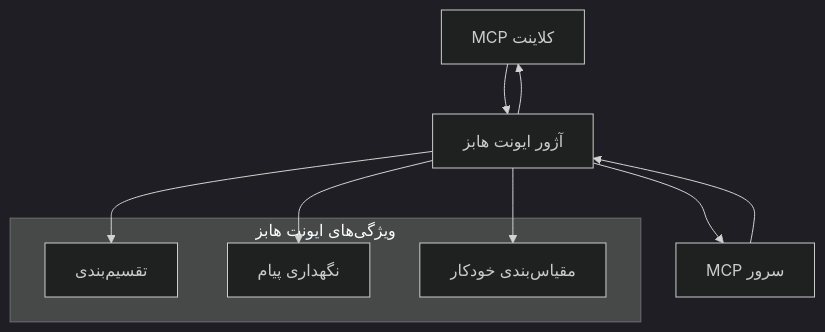
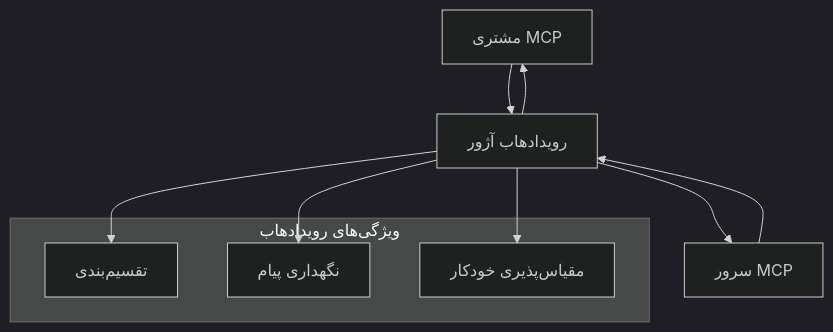
Before and after one commit to HIDORAKAI002/ai-workspace-archive: the second of 2 diagrams in mcp_ecosystem__model_context_protocol/mcp_learning_resources/mcp-for-beginners/translations/fa/05-AdvancedTopics/mcp-transport/README.md, drawn with Mermaid (dark theme). The commit also changed other lines of this file and 1046 other files, not shown here.

````diff
--- a/mcp_ecosystem__model_context_protocol/mcp_learning_resources/mcp-for-beginners/translations/fa/05-AdvancedTopics/mcp-transport/README.md
+++ b/mcp_ecosystem__model_context_protocol/mcp_learning_resources/mcp-for-beginners/translations/fa/05-AdvancedTopics/mcp-transport/README.md
@@ -270,17 +272,17 @@
 ```mermaid
 graph TB
-    Client[MCP کلاینت] --> EH[آژور ایونت هابز]
-    EH --> Server[MCP سرور]
+    Client[مشتری MCP] --> EH[رویدادهاب آژور]
+    EH --> Server[سرور MCP]
     Server --> EH
     EH --> Client
     
-    subgraph "ویژگی‌های ایونت هابز"
+    subgraph "ویژگی‌های رویدادهاب"
         Partition[تقسیم‌بندی]
         Retention[نگهداری پیام]
-        Scaling[مقیاس‌بندی خودکار]
+        Scaling[مقیاس‌پذیری خودکار]
     end
     
     EH --> Partition
     EH --> Retention
     EH --> Scaling
 ```
````
